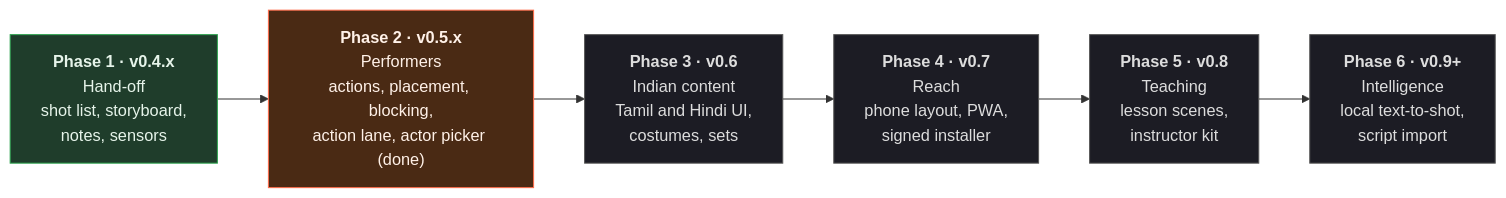
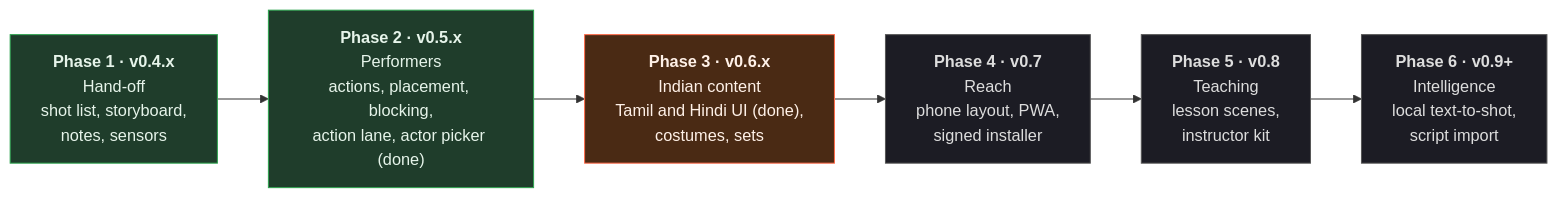
One commit to yeshwanthguru/KALKI-simulator changed the second of 3 diagrams in README.md. Above: the diagram before and after it, drawn with Mermaid. The commit also changed other lines of this file and 24 other files, not shown here.

Commit message:
v0.6.0: Tamil and Hindi interface, Indic text in PDFs, dawn/noon/dusk looks

````diff
--- a/README.md
+++ b/README.md
@@ -161,13 +179,13 @@
 ```mermaid
 flowchart LR
     P1["<b>Phase 1 · v0.4.x</b><br/>Hand-off<br/>shot list, storyboard,<br/>notes, sensors"]:::done
-    P2["<b>Phase 2 · v0.5.x</b><br/>Performers<br/>actions, placement, blocking,<br/>action lane, actor picker (done)"]:::next
-    P3["<b>Phase 3 · v0.6</b><br/>Indian content<br/>Tamil and Hindi UI,<br/>costumes, sets"]:::todo
+    P2["<b>Phase 2 · v0.5.x</b><br/>Performers<br/>actions, placement, blocking,<br/>action lane, actor picker (done)"]:::done
+    P3["<b>Phase 3 · v0.6.x</b><br/>Indian content<br/>Tamil and Hindi UI (done),<br/>costumes, sets"]:::next
     P4["<b>Phase 4 · v0.7</b><br/>Reach<br/>phone layout, PWA,<br/>signed installer"]:::todo
     P5["<b>Phase 5 · v0.8</b><br/>Teaching<br/>lesson scenes,<br/>instructor kit"]:::todo
     P6["<b>Phase 6 · v0.9+</b><br/>Intelligence<br/>local text-to-shot,<br/>script import"]:::todo
     P1 --> P2 --> P3 --> P4 --> P5 --> P6
     classDef done fill:#1f3d2b,stroke:#2ea44f,color:#e6f4ea;
     classDef next fill:#4a2a14,stroke:#ff6b4a,color:#fff1e8;
     classDef todo fill:#1c1c24,stroke:#555,color:#ddd;
 ```
````
